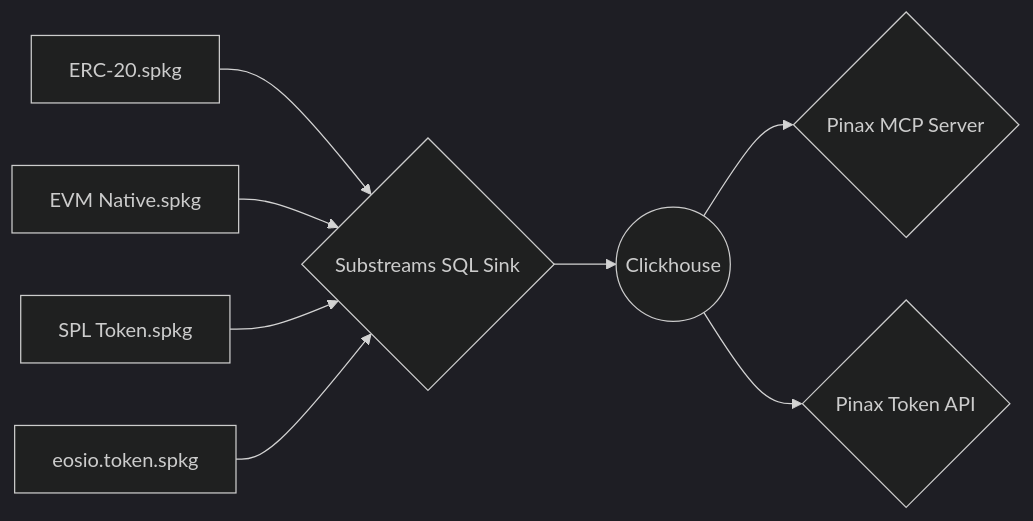
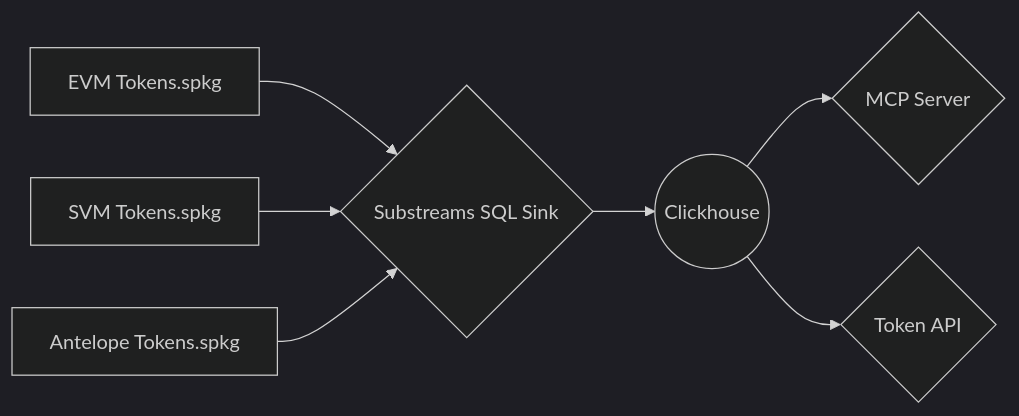
One commit to pinax-network/token-api changed the diagram in README.md. Above: the diagram before and after it, drawn with Mermaid (dark theme). The commit also changed other lines of this file and 6 other files, not shown here.

````diff
--- a/README.md
+++ b/README.md
@@ -9,10 +12,9 @@
 ```mermaid
 flowchart LR
-  S1[ERC-20.spkg] --> Sink{Substreams SQL Sink}
-  S2[EVM Native.spkg] --> Sink
-  S3[SPL Token.spkg] --> Sink
-  S4[eosio.token.spkg] --> Sink
+  S1[EVM Tokens.spkg] --> Sink{Substreams SQL Sink}
+  S2[SVM Tokens.spkg] --> Sink
+  S3[Antelope Tokens.spkg] --> Sink
   Sink --> Clickhouse
-  Clickhouse((Clickhouse)) --> Server{Pinax MCP Server}
-  Clickhouse --> API{Pinax Token API}
+  Clickhouse((Clickhouse)) --> Server{MCP Server}
+  Clickhouse --> API{Token API}
 ```
````
